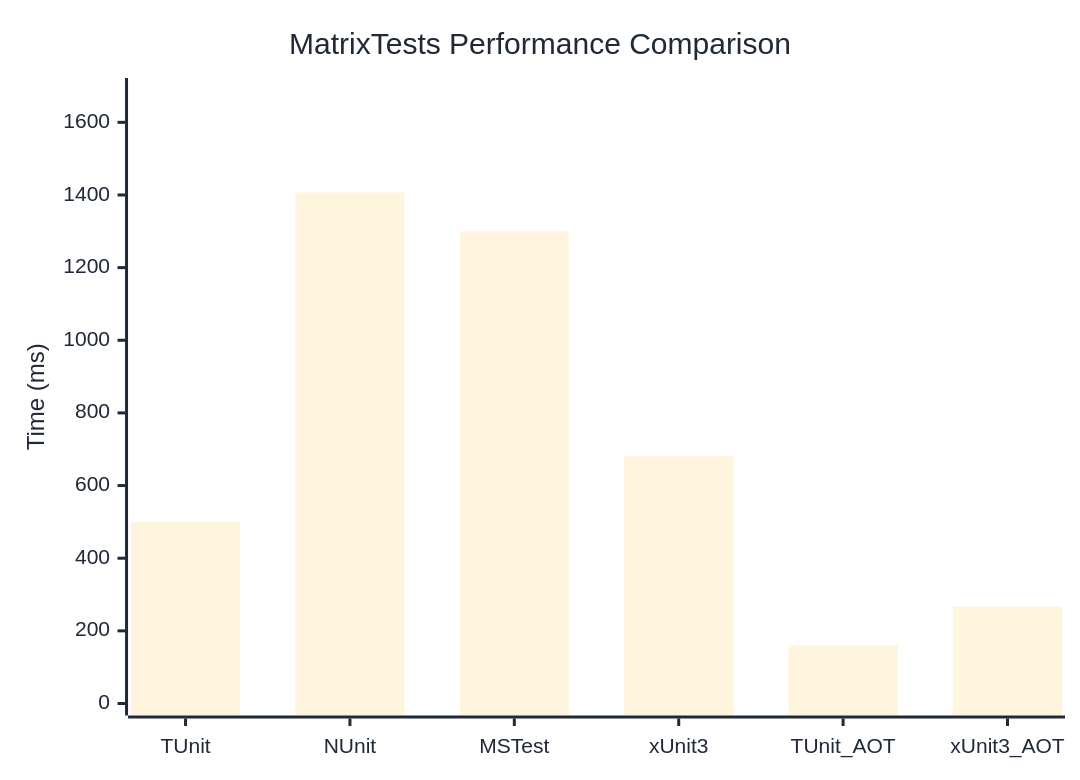
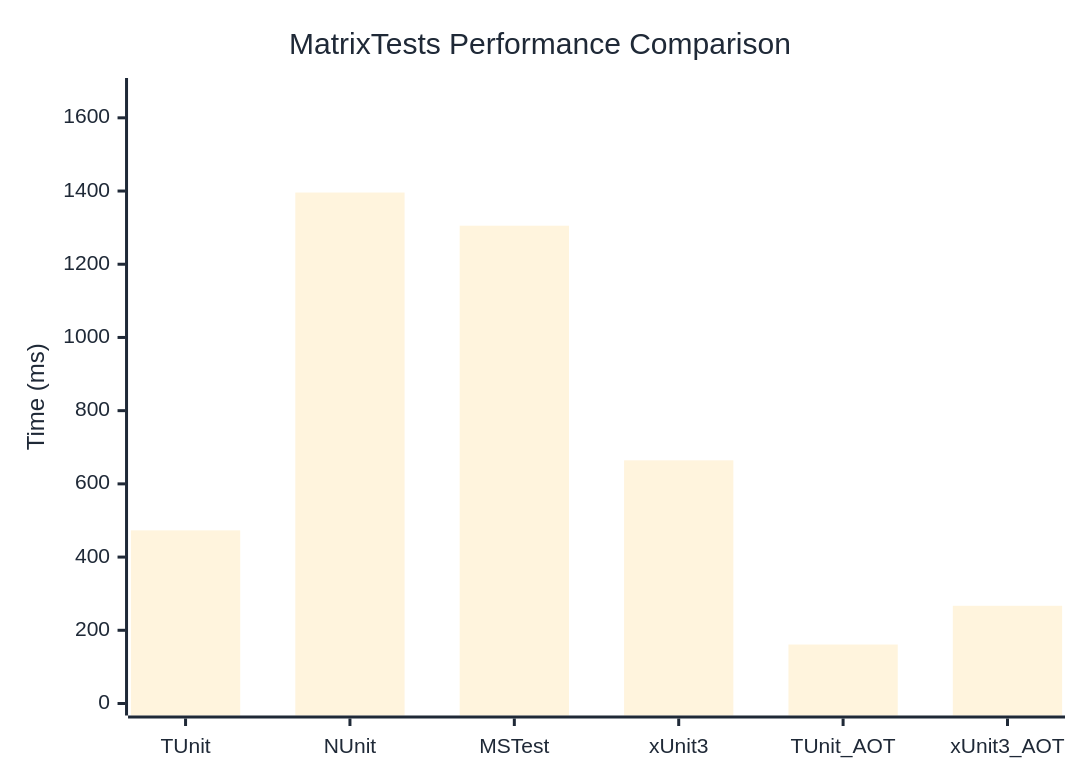
Before and after one commit to thomhurst/TUnit: the diagram in docs/docs/benchmarks/engine/MatrixTests.md, drawn with Mermaid. The commit also changed other lines of this file and 18 other files, not shown here.

````diff
--- a/docs/docs/benchmarks/engine/MatrixTests.md
+++ b/docs/docs/benchmarks/engine/MatrixTests.md
@@ -30,37 +30,37 @@
 ```mermaid
 %%{init: {
   'theme':'base',
   'themeVariables': {
     'primaryColor': '#2563eb',
     'primaryTextColor': '#1f2937',
     'primaryBorderColor': '#1e40af',
     'lineColor': '#6b7280',
     'secondaryColor': '#7c3aed',
     'tertiaryColor': '#dc2626',
     'background': '#ffffff',
     'mainBkg': '#2563eb',
     'secondBkg': '#7c3aed',
     'tertiaryBkg': '#dc2626',
     'clusterBkg': '#f3f4f6',
     'edgeLabelBackground': '#ffffff',
     'tertiaryTextColor': '#1f2937',
     'pie1': '#2563eb',
     'pie2': '#7c3aed',
     'pie3': '#dc2626',
     'pie4': '#f59e0b',
     'pie5': '#10b981',
     'pie6': '#06b6d4',
     'pie7': '#ec4899',
     'pie8': '#6366f1',
     'pie9': '#84cc16',
     'pie10': '#f97316',
     'pie11': '#14b8a6',
     'pie12': '#a855f7'
   }
 }}%%
 xychart-beta
   title "MatrixTests Performance Comparison"
   x-axis ["TUnit", "NUnit", "MSTest", "xUnit3", "TUnit_AOT", "xUnit3_AOT"]
-  y-axis "Time (ms)" 0 --> 1689
-  bar [499.3, 1406.8, 1299.9, 681.8, 161, 267.1]
+  y-axis "Time (ms)" 0 --> 1676
+  bar [473, 1395.9, 1305.3, 664.3, 161.1, 266.9]
 ```
````
